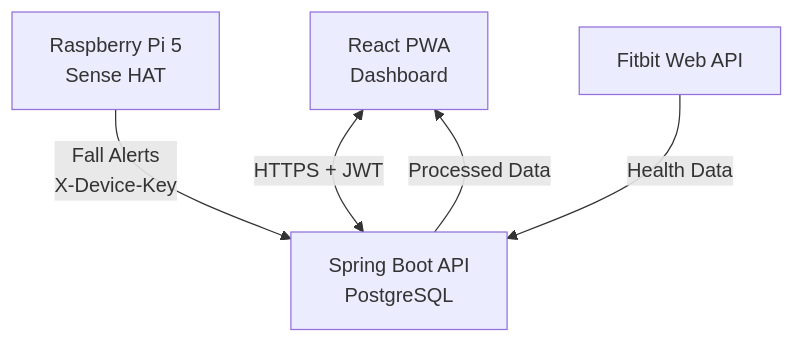
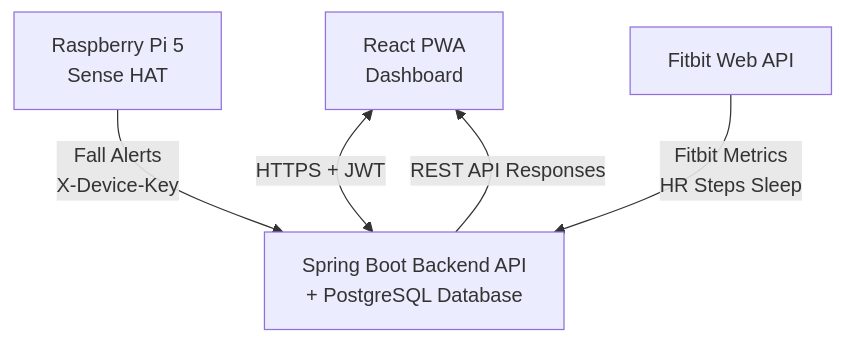
One commit to secure-health-app/.github changed the first of 2 diagrams in profile/README.md. Above: the diagram before and after it, drawn with Mermaid. The commit also changed other lines of this file, not shown here.

Commit message:
Update README with improved backend and detection architecture

````diff
--- a/profile/README.md
+++ b/profile/README.md
@@ -40,12 +40,12 @@
 ```mermaid
 flowchart TB
     Client["React PWA\nDashboard"]
-    Backend["Spring Boot API\nPostgreSQL"]
+    Backend["Spring Boot Backend API\n+ PostgreSQL Database"]
     Pi["Raspberry Pi 5\nSense HAT"]
     Fitbit["Fitbit Web API"]
 
     Client <-->|HTTPS + JWT| Backend
     Pi -->|Fall Alerts\nX-Device-Key| Backend
-    Fitbit -->|Health Data| Backend
-    Backend -->|Processed Data| Client
+    Fitbit -->|Fitbit Metrics\n HR Steps Sleep| Backend
+    Backend -->|REST API Responses| Client
 ```
````
